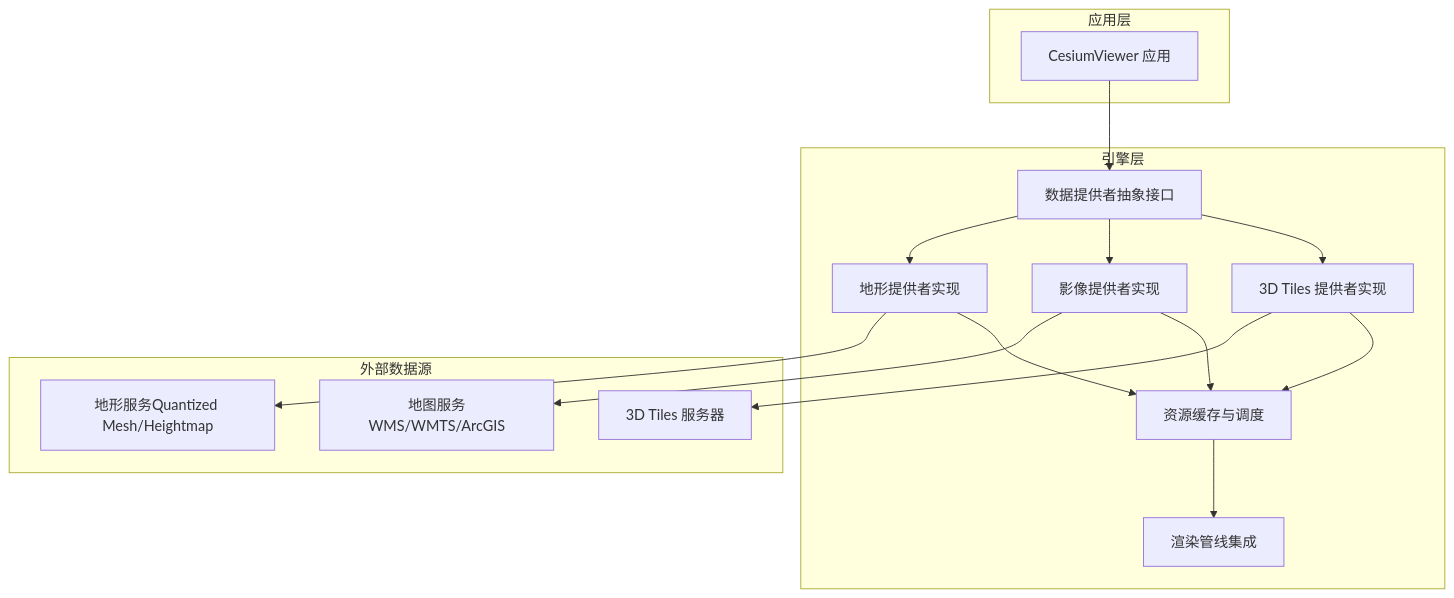
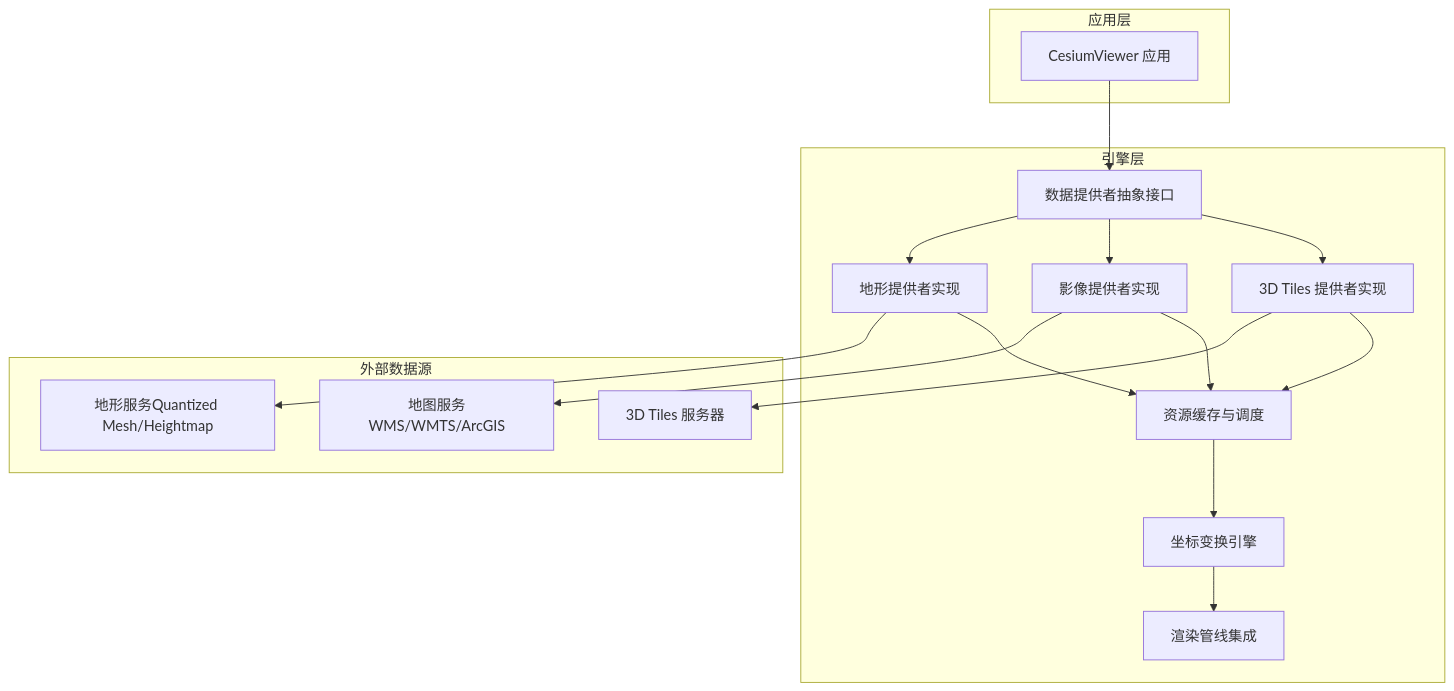
One commit to rzhangjing/cesium changed the second of 7 diagrams in .qoder/repowiki/zh/content/数据提供者/数据提供者.md. Above: the diagram before and after it, drawn with Mermaid. The commit also changed other lines of this file and 52 other files, not shown here.

````diff
--- a/.qoder/repowiki/zh/content/数据提供者/数据提供者.md
+++ b/.qoder/repowiki/zh/content/数据提供者/数据提供者.md
@@ -79,30 +90,32 @@
 ```mermaid
 graph TB
 subgraph "应用层"
 UI["CesiumViewer 应用"]
 end
 subgraph "引擎层"
 API["数据提供者抽象接口"]
 TProv["地形提供者实现"]
 IProv["影像提供者实现"]
 DTProv["3D Tiles 提供者实现"]
 Cache["资源缓存与调度"]
 Render["渲染管线集成"]
+Coord["坐标变换引擎"]
 end
 subgraph "外部数据源"
 S1["3D Tiles 服务器"]
 S2["地形服务Quantized Mesh/Heightmap"]
 S3["地图服务WMS/WMTS/ArcGIS"]
 end
 UI --> API
 API --> TProv
 API --> IProv
 API --> DTProv
 TProv --> S2
 IProv --> S3
 DTProv --> S1
 TProv --> Cache
 IProv --> Cache
 DTProv --> Cache
-Cache --> Render
+Cache --> Coord
+Coord --> Render
 ```
````
